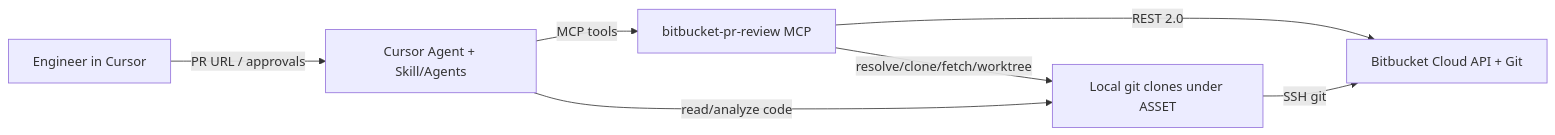
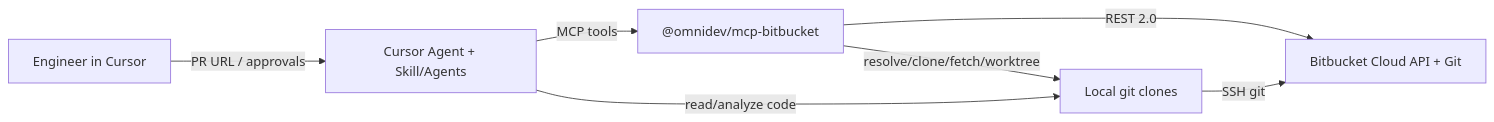
The first of 2 diagrams in docs/guides/bitbucket-review/architecture.md (kashishparmar02/OmniDev), drawn with Mermaid before and after one commit. The commit also changed other lines of this file and 29 other files, not shown here.

````diff
--- a/docs/guides/bitbucket-review/architecture.md
+++ b/docs/guides/bitbucket-review/architecture.md
@@ -5,15 +5,15 @@
 ```mermaid
 flowchart LR
   User[Engineer in Cursor]
   Agent[Cursor Agent + Skill/Agents]
-  MCP[bitbucket-pr-review MCP]
-  Local[Local git clones under ASSET]
+  MCP["@omnidev/mcp-bitbucket"]
+  Local[Local git clones]
   BB[Bitbucket Cloud API + Git]
 
   User -->|PR URL / approvals| Agent
   Agent -->|MCP tools| MCP
   Agent -->|read/analyze code| Local
   MCP -->|REST 2.0| BB
   MCP -->|resolve/clone/fetch/worktree| Local
   Local -->|SSH git| BB
 ```
````
